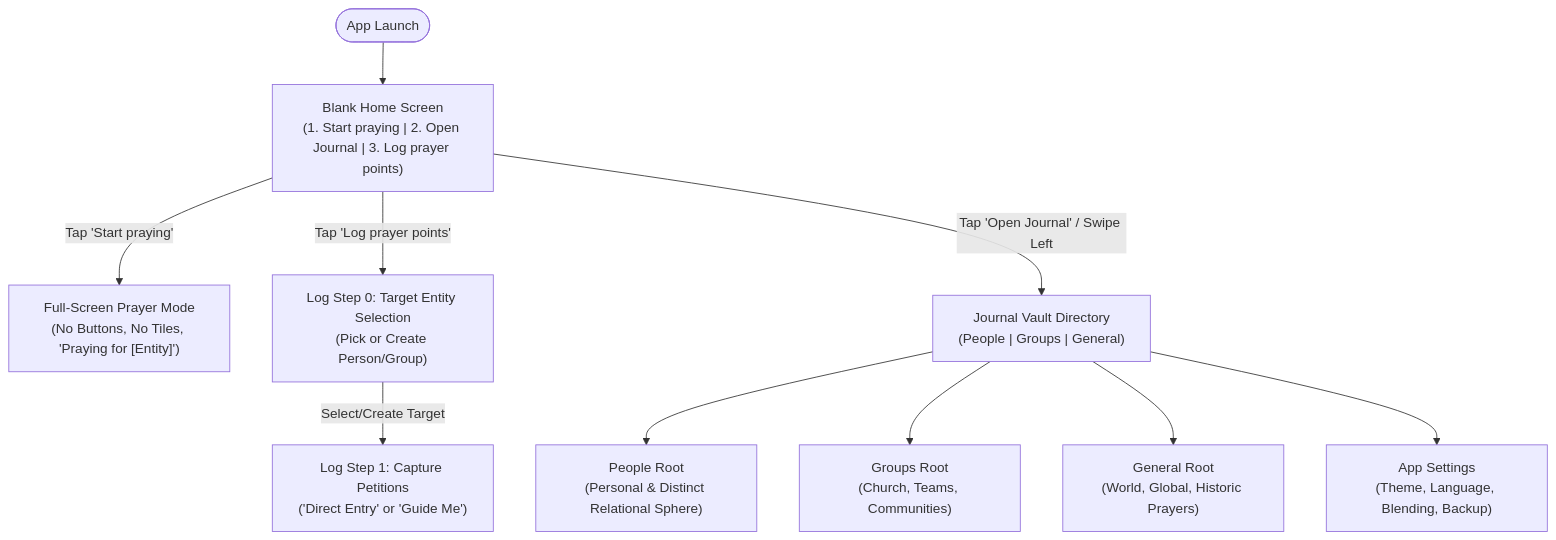
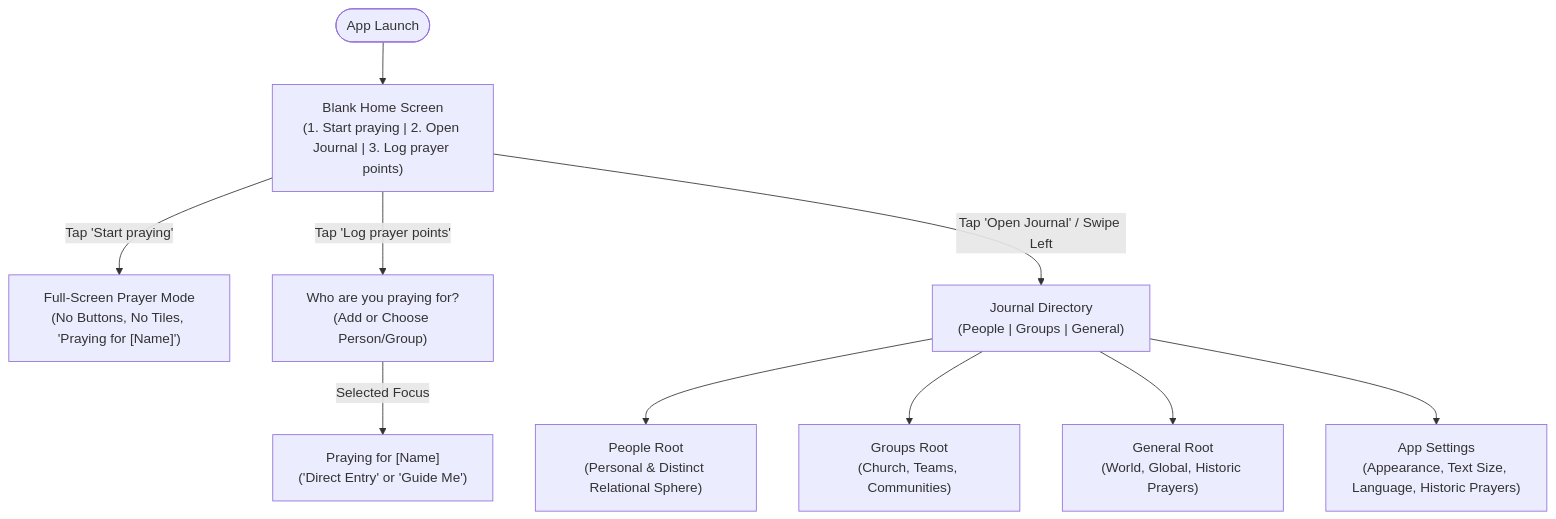
One commit to iamenianc/Prayer changed the first of 3 diagrams in UX.md. Above: the diagram before and after it, drawn with Mermaid. The commit also changed other lines of this file and 4 other files, not shown here.

````diff
--- a/UX.md
+++ b/UX.md
@@ -53,13 +79,13 @@
 ```mermaid
 graph TD
     Launch([App Launch]) --> Home["Blank Home Screen<br/>(1. Start praying | 2. Open Journal | 3. Log prayer points)"]
-    Home -->|"Tap 'Start praying'"| PraySession["Full-Screen Prayer Mode<br/>(No Buttons, No Tiles, 'Praying for [Entity]')"]
-    Home -->|"Tap 'Log prayer points'"| LogStep0["Log Step 0: Target Entity Selection<br/>(Pick or Create Person/Group)"]
-    LogStep0 -->|"Select/Create Target"| LogStep1["Log Step 1: Capture Petitions<br/>('Direct Entry' or 'Guide Me')"]
-    Home -->|"Tap 'Open Journal' / Swipe Left"| Journal["Journal Vault Directory<br/>(People | Groups | General)"]
+    Home -->|"Tap 'Start praying'"| PraySession["Full-Screen Prayer Mode<br/>(No Buttons, No Tiles, 'Praying for [Name]')"]
+    Home -->|"Tap 'Log prayer points'"| LogStep0["Who are you praying for?<br/>(Add or Choose Person/Group)"]
+    LogStep0 -->|"Selected Focus"| LogStep1["Praying for [Name]<br/>('Direct Entry' or 'Guide Me')"]
+    Home -->|"Tap 'Open Journal' / Swipe Left"| Journal["Journal Directory<br/>(People | Groups | General)"]
     
     Journal --> PeopleRoot["People Root<br/>(Personal & Distinct Relational Sphere)"]
     Journal --> GroupsRoot["Groups Root<br/>(Church, Teams, Communities)"]
     Journal --> GeneralRoot["General Root<br/>(World, Global, Historic Prayers)"]
-    Journal --> Settings["App Settings<br/>(Theme, Language, Blending, Backup)"]
+    Journal --> Settings["App Settings<br/>(Appearance, Text Size, Language, Historic Prayers)"]
 ```
````
